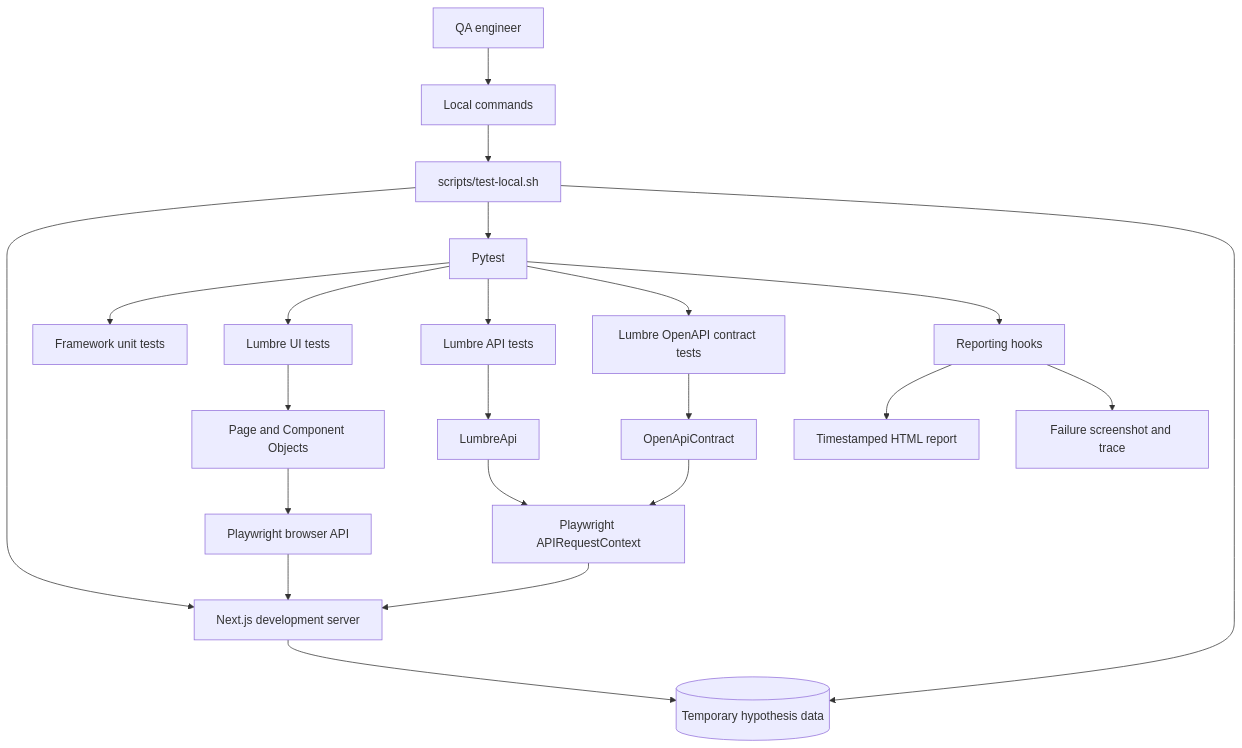
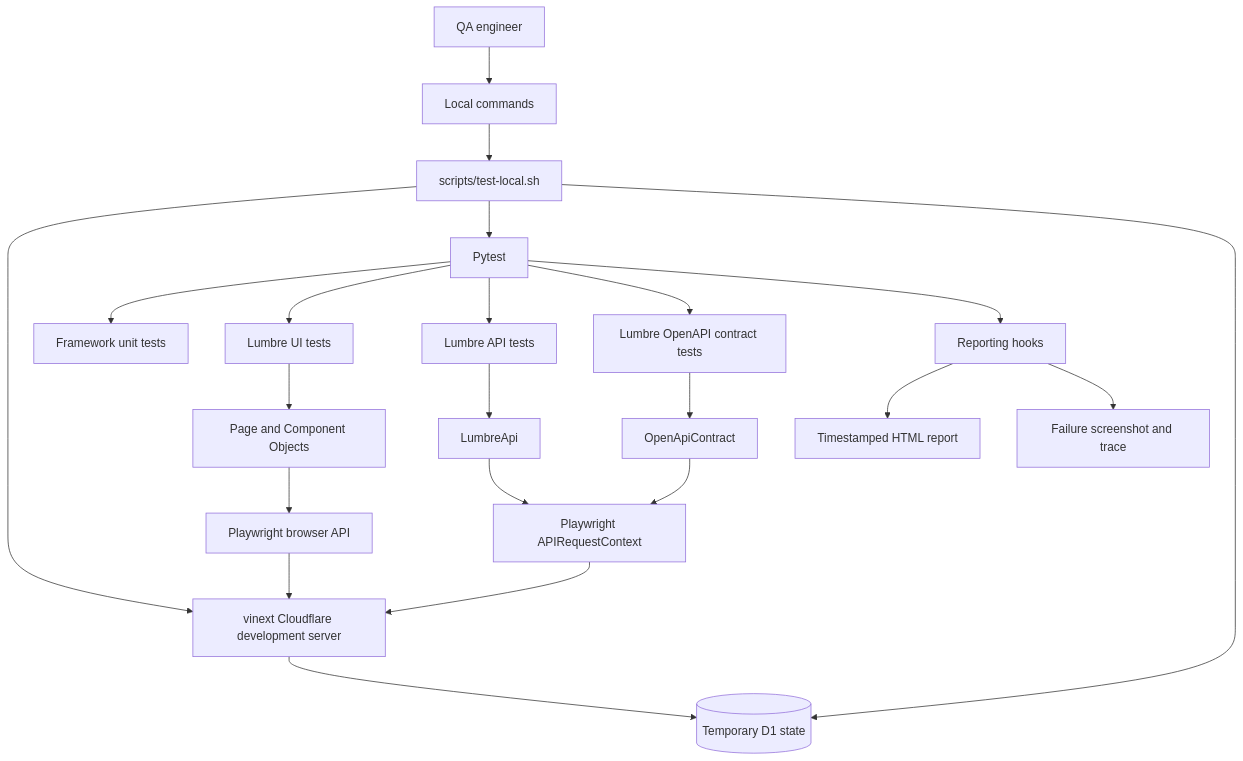
The first of 6 diagrams in docs/ARCHITECTURE.md (zvasdfg/lumbre-playwright-python), drawn with Mermaid before and after one commit. The commit also changed other lines of this file and 27 other files, not shown here.

````diff
--- a/docs/ARCHITECTURE.md
+++ b/docs/ARCHITECTURE.md
@@ -23,30 +23,30 @@
 ```mermaid
 flowchart TB
     Engineer[QA engineer] --> Commands[Local commands]
     Commands --> Runner[scripts/test-local.sh]
 
-    Runner --> DevServer[Next.js development server]
+    Runner --> DevServer[vinext Cloudflare development server]
     Runner --> Pytest[Pytest]
-    Runner --> TempData[(Temporary hypothesis data)]
+    Runner --> TempD1[(Temporary D1 state)]
 
     Pytest --> Unit[Framework unit tests]
     Pytest --> UI[Lumbre UI tests]
     Pytest --> API[Lumbre API tests]
     Pytest --> Contracts[Lumbre OpenAPI contract tests]
     Pytest --> Evidence[Reporting hooks]
 
     UI --> POM[Page and Component Objects]
     POM --> Playwright[Playwright browser API]
     Playwright --> DevServer
 
     API --> Client[LumbreApi]
     Client --> RequestContext[Playwright APIRequestContext]
     RequestContext --> DevServer
 
     Contracts --> ContractAdapter[OpenApiContract]
     ContractAdapter --> RequestContext
 
-    DevServer --> TempData
+    DevServer --> TempD1
     Evidence --> Report[Timestamped HTML report]
     Evidence --> Failure[Failure screenshot and trace]
 ```
````
